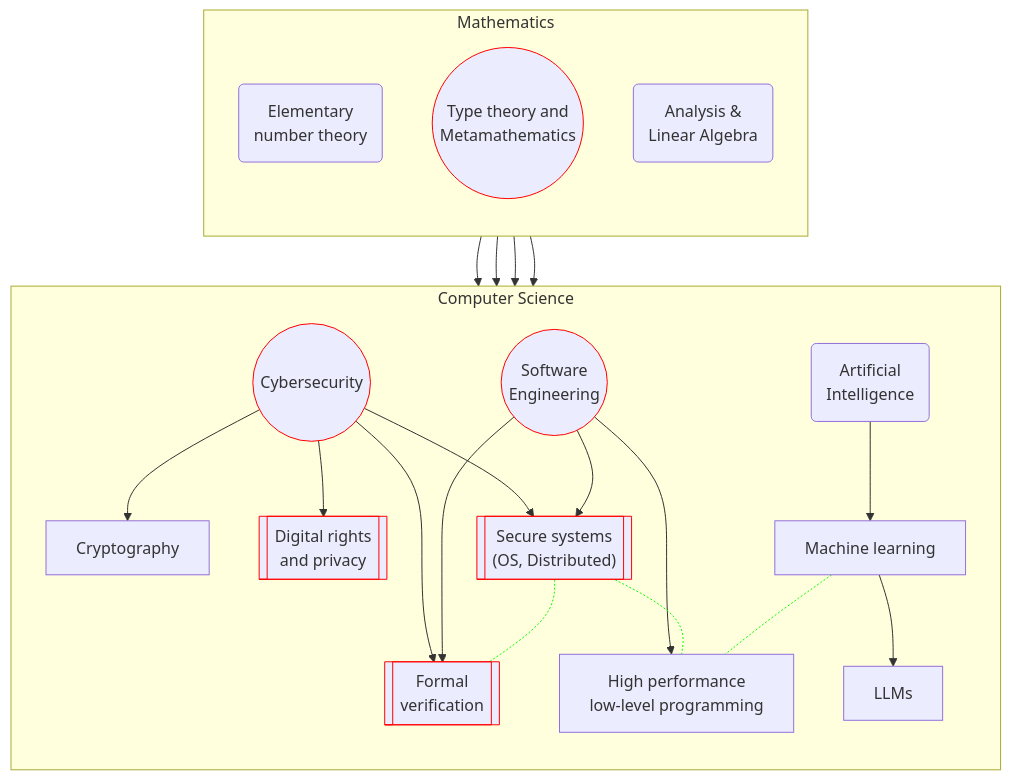
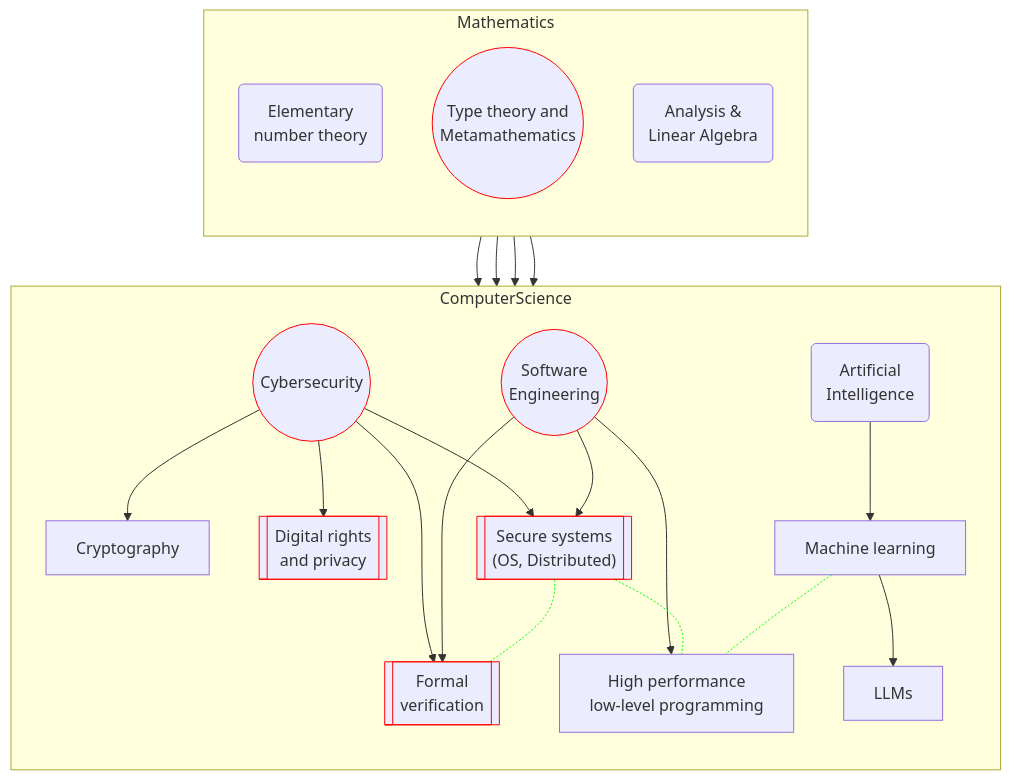
Before and after one commit to guanyuming-he/guanyuming-he: the diagram in README.md, drawn with Mermaid.

````diff
--- a/README.md
+++ b/README.md
@@ -5,48 +5,48 @@
 ```mermaid
 flowchart TD
 	%% Primary general topic, general topic, primary subtopic, subtopic,
 	%% respectively
 	classDef gen-pri	shape:dbl-circ,stroke:#f00
 	classDef gen		shape:circle
 	classDef sub-pri	shape:subproc,stroke:#f00
 	classDef sub		shape:rect
 
 	%% Left side: CS
-	subgraph "Computer Science"
+	subgraph ComputerScience
 		direction TD
 		%% General directions
 		CY((Cybersecurity)):::gen-pri
 		SE((Software\n Engineering)):::gen-pri
 		AI(Artificial\n Intelligence):::gen
 
 		%% Cybersecurity branches
 		CY --> CR[Cryptography]:::sub
 		CY --> DR[["Digital rights\n and privacy"]]:::sub-pri
 		CY --> SS[["Secure systems\n (OS, Distributed)"]]:::sub-pri
 		CY --> FV[["Formal \nverification"]]:::sub-pri
 		SE --> SS
 		SE --> FV
 		SE --> HP["High performance \n low-level programming"]:::sub
 		AI --> ML["Machine learning"]:::sub -->
 		LLM["LLMs"]:::sub
 
 		SS -.- HP
 		ML -.- HP
 		SS -.- FV
 		%% Change link color
 		linkStyle 9,10,11 stroke:#0f0 
 	end
 
 	%% Right side: Math
 	subgraph Mathematics
 		direction BT
 		EN(Elementary \nnumber theory):::gen
 		TT((Type theory and\n Metamathematics)):::gen-pri
 		AL(Analysis & \nLinear Algebra):::gen
 
 		EN --> CR
 		TT --> FV
 		AL --> ML
 		AL --> HP
 	end
 ```
````
